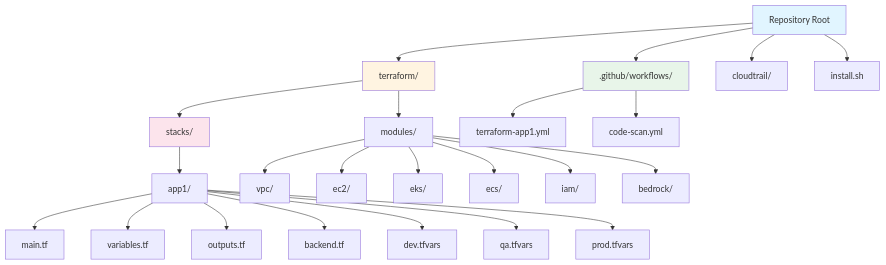
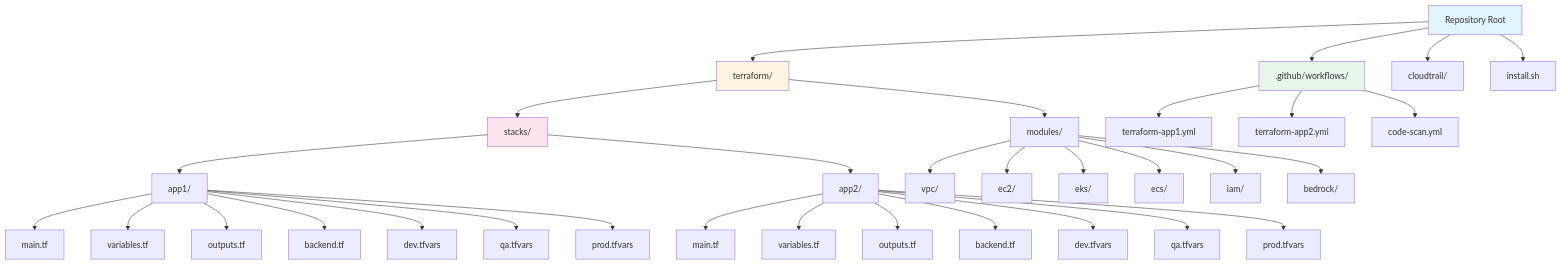
One commit to vegatros/repo1 changed the first of 14 diagrams in DIAGRAMS.md. Above: the diagram before and after it, drawn with Mermaid. The commit also changed other lines of this file, not shown here.

Commit message:
Update DIAGRAMS.md with app2 EKS architecture

````diff
--- a/DIAGRAMS.md
+++ b/DIAGRAMS.md
@@ -18,34 +18,45 @@
 ```mermaid
 graph TD
     A[Repository Root] --> B[terraform/]
     A --> C[.github/workflows/]
     A --> D[cloudtrail/]
     A --> E[install.sh]
     
     B --> B1[stacks/]
     B --> B2[modules/]
     
     B1 --> B1A[app1/]
+    B1 --> B1B[app2/]
+    
     B1A --> B1A1[main.tf]
     B1A --> B1A2[variables.tf]
     B1A --> B1A3[outputs.tf]
     B1A --> B1A4[backend.tf]
     B1A --> B1A5[dev.tfvars]
     B1A --> B1A6[qa.tfvars]
     B1A --> B1A7[prod.tfvars]
+    
+    B1B --> B1B1[main.tf]
+    B1B --> B1B2[variables.tf]
+    B1B --> B1B3[outputs.tf]
+    B1B --> B1B4[backend.tf]
+    B1B --> B1B5[dev.tfvars]
+    B1B --> B1B6[qa.tfvars]
+    B1B --> B1B7[prod.tfvars]
     
     B2 --> B2A[vpc/]
     B2 --> B2B[ec2/]
     B2 --> B2C[eks/]
     B2 --> B2D[ecs/]
     B2 --> B2E[iam/]
     B2 --> B2F[bedrock/]
     
     C --> C1[terraform-app1.yml]
-    C --> C2[code-scan.yml]
+    C --> C2[terraform-app2.yml]
+    C --> C3[code-scan.yml]
     
     style A fill:#e1f5ff
     style B fill:#fff4e1
     style C fill:#e8f5e9
     style B1 fill:#fce4ec
 ```
````
